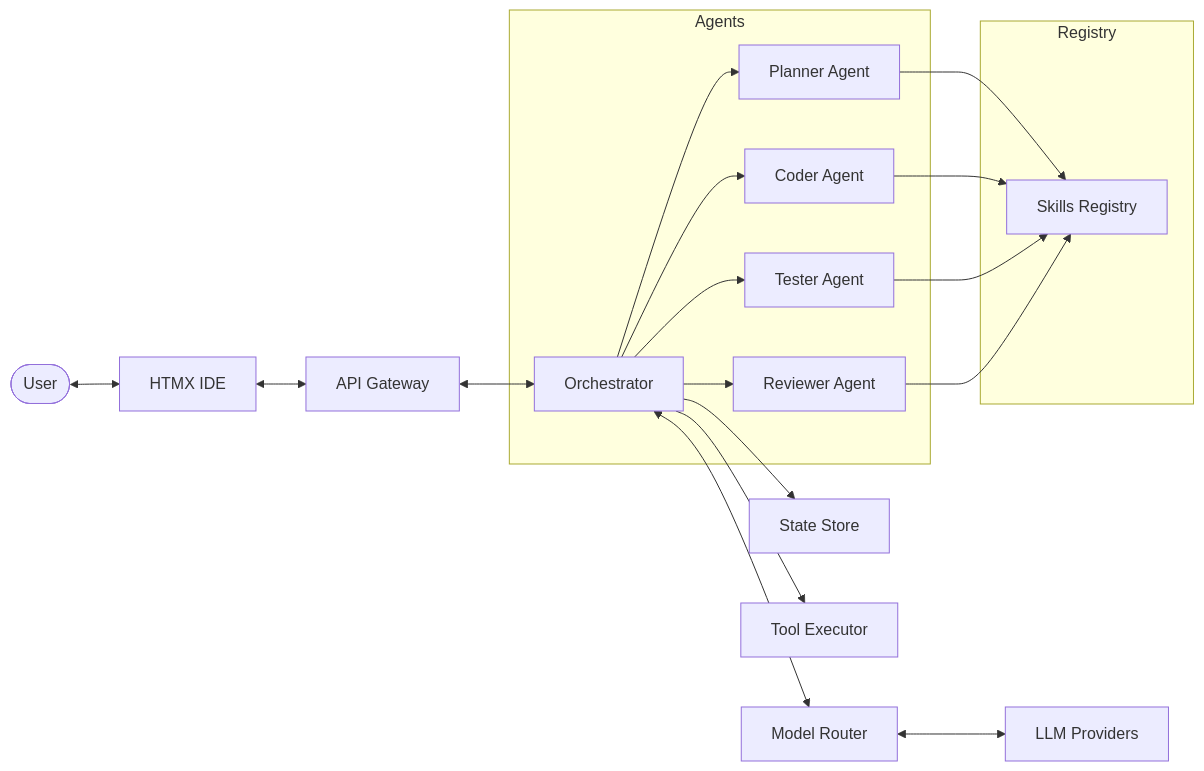
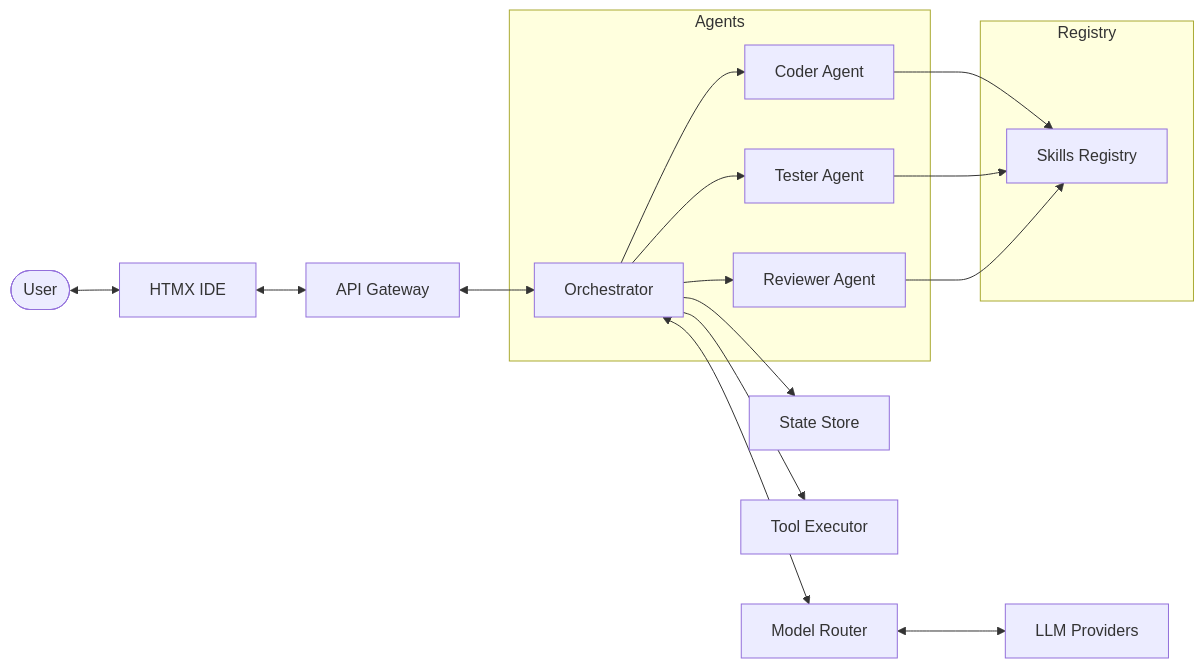
Before and after one commit to nanaki-93/mini-orca: the diagram in README.md, drawn with Mermaid. The commit also changed other lines of this file and 36 other files, not shown here.

````diff
--- a/README.md
+++ b/README.md
@@ -21,25 +21,23 @@
 ```mermaid
 graph LR
     User([User]) <--> UI[HTMX IDE]
     UI <--> API[API Gateway]
     API <--> Orchestrator[Orchestrator]
     Orchestrator <--> Router[Model Router]
     Router <--> Providers[LLM Providers]
     
     subgraph Agents
-        Orchestrator --> Planner[Planner Agent]
         Orchestrator --> Coder[Coder Agent]
         Orchestrator --> Tester[Tester Agent]
         Orchestrator --> Reviewer[Reviewer Agent]
     end
     
     subgraph Registry
-        Planner --> Skills[Skills Registry]
-        Coder --> Skills
+        Coder --> Skills[Skills Registry]
         Tester --> Skills
         Reviewer --> Skills
     end
     
     Orchestrator --> State[State Store]
     Orchestrator --> Executor[Tool Executor]
 ```
````
